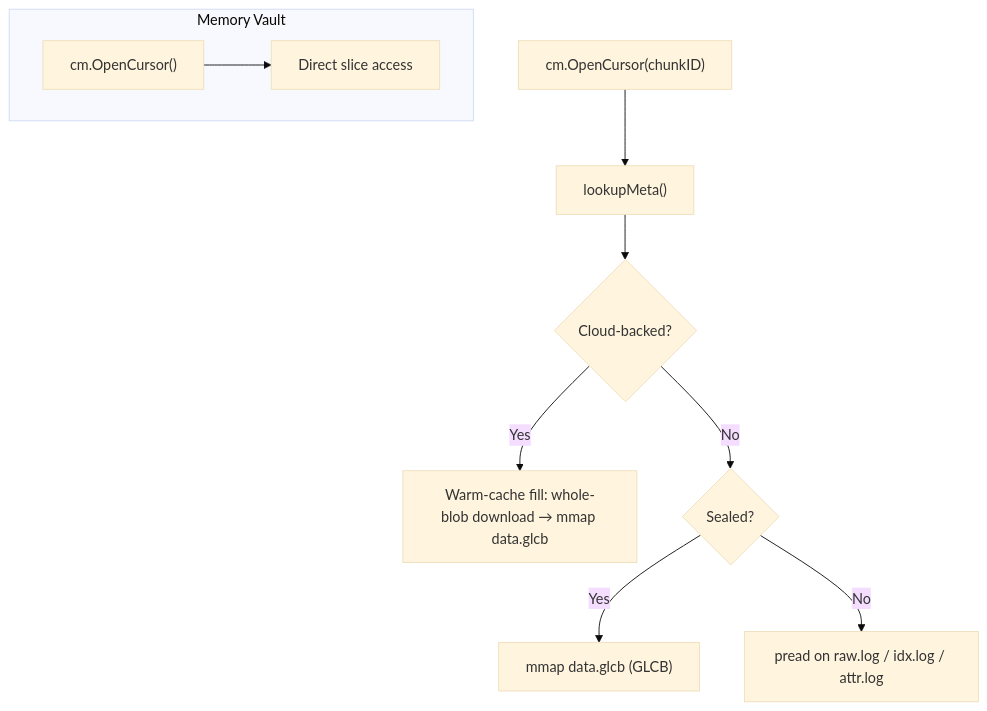
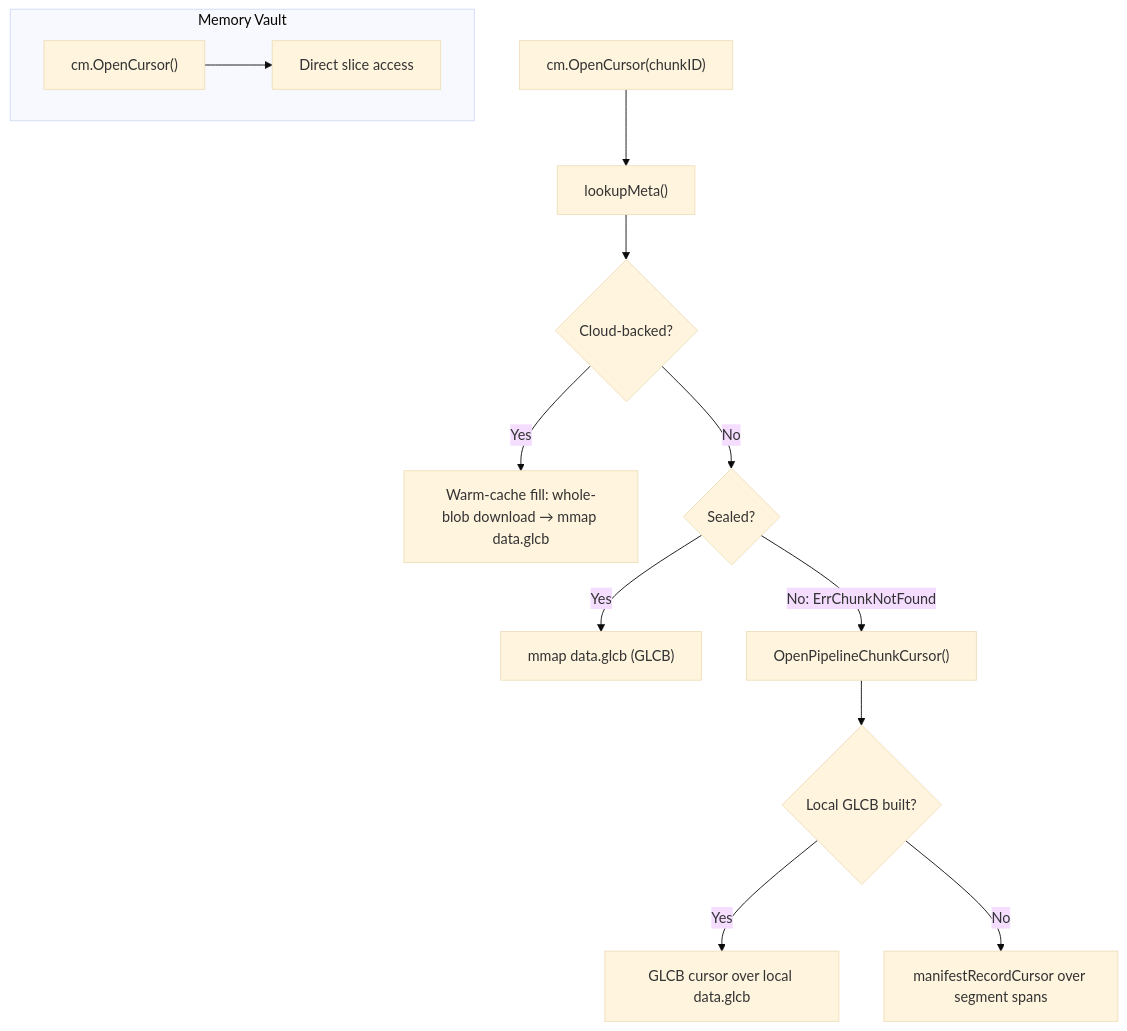
Before and after one commit to kluzzebass/gastrolog: the sixth of 10 diagrams in docs/query_execution.md, drawn with Mermaid (base theme). The commit also changed other lines of this file, not shown here.

First line of the commit message:
docs: align query_execution.md with the FSM-listed chunk path

````diff
--- a/docs/query_execution.md
+++ b/docs/query_execution.md
@@ -176,14 +188,17 @@
 ```mermaid
 flowchart TD
     Open["cm.OpenCursor(chunkID)"] --> LookupMeta["lookupMeta()"]
 
     LookupMeta --> IsCloud{"Cloud-backed?"}
     IsCloud -->|Yes| CloudPath["Warm-cache fill: whole-blob download → mmap data.glcb"]
     IsCloud -->|No| IsSealed{"Sealed?"}
     IsSealed -->|Yes| MmapPath["mmap data.glcb (GLCB)"]
-    IsSealed -->|No| StdioPath["pread on raw.log / idx.log / attr.log"]
+    IsSealed -->|"No: ErrChunkNotFound"| Pipeline["OpenPipelineChunkCursor()"]
+    Pipeline --> HasGLCB{"Local GLCB built?"}
+    HasGLCB -->|Yes| GLCBCursor["GLCB cursor over local data.glcb"]
+    HasGLCB -->|No| SpanCursor["manifestRecordCursor over segment spans"]
 
     subgraph Memory Vault
         MemOpen["cm.OpenCursor()"] --> MemSlice["Direct slice access"]
     end
 ```
````
